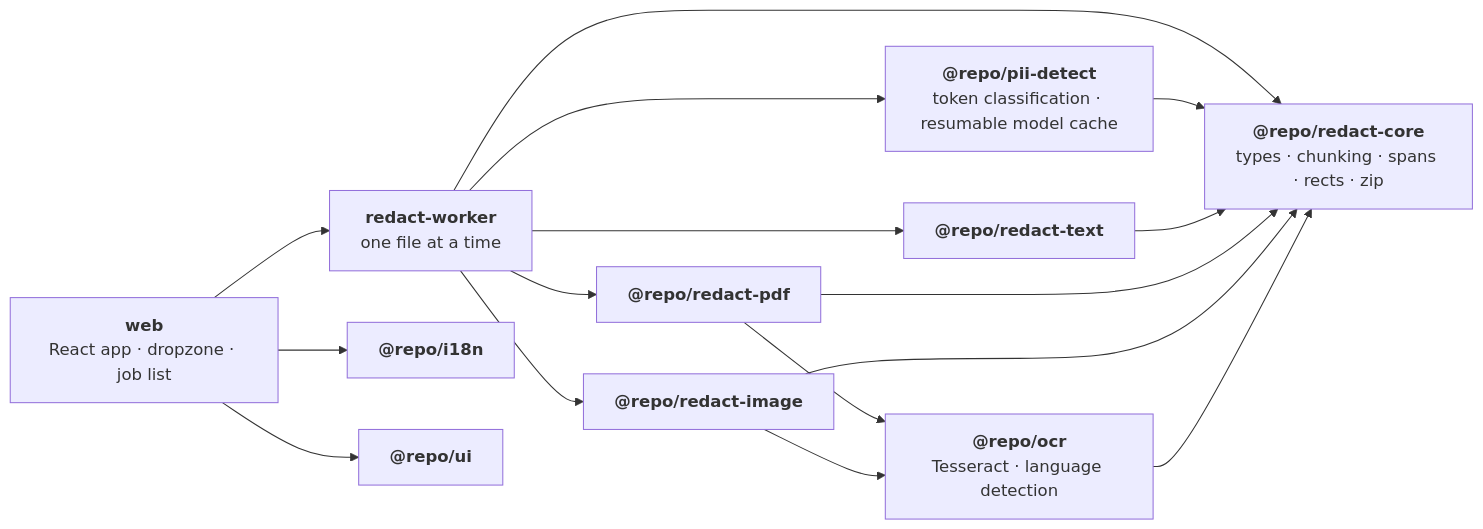
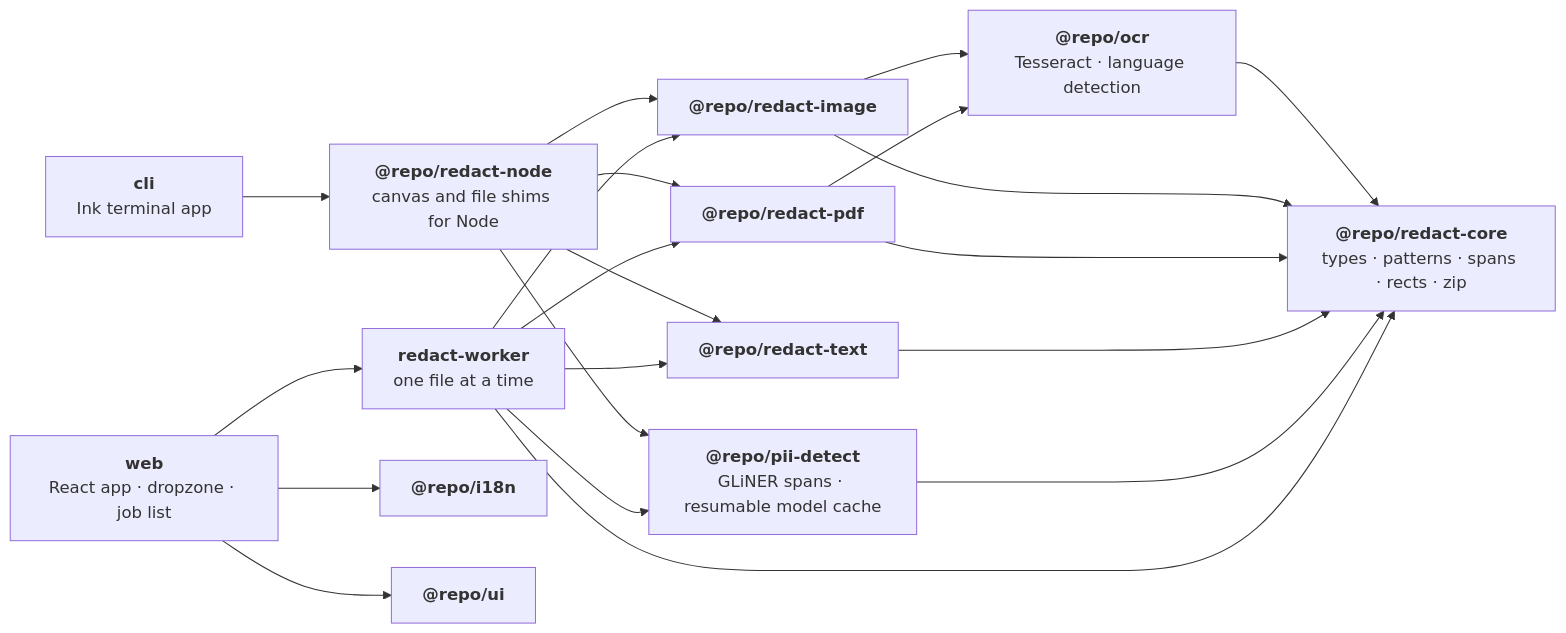
The diagram in README.md (pedroapfilho/localveil), drawn with Mermaid before and after one commit. The commit also changed other lines of this file, not shown here.

First line of the commit message:
docs: bring the README up to the GLiNER era

````diff
--- a/README.md
+++ b/README.md
@@ -70,29 +84,36 @@
 ```mermaid
 flowchart LR
   web["<b>web</b><br/>React app · dropzone · job list"]
+  cli["<b>cli</b><br/>Ink terminal app"]
   worker["<b>redact-worker</b><br/>one file at a time"]
-  core["<b>@repo/redact-core</b><br/>types · chunking · spans · rects · zip"]
-  detect["<b>@repo/pii-detect</b><br/>token classification · resumable model cache"]
+  node["<b>@repo/redact-node</b><br/>canvas and file shims for Node"]
+  core["<b>@repo/redact-core</b><br/>types · patterns · spans · rects · zip"]
+  detect["<b>@repo/pii-detect</b><br/>GLiNER spans · resumable model cache"]
   ocr["<b>@repo/ocr</b><br/>Tesseract · language detection"]
   text["<b>@repo/redact-text</b>"]
   pdf["<b>@repo/redact-pdf</b>"]
   image["<b>@repo/redact-image</b>"]
   i18n["<b>@repo/i18n</b>"]
   ui["<b>@repo/ui</b>"]
 
   web --> worker
   web --> i18n
   web --> ui
+  cli --> node
   worker --> core
   worker --> detect
   worker --> text
   worker --> pdf
   worker --> image
+  node --> detect
+  node --> text
+  node --> pdf
+  node --> image
   detect --> core
   text --> core
   pdf --> core
   pdf --> ocr
   image --> core
   image --> ocr
   ocr --> core
 ```
````
